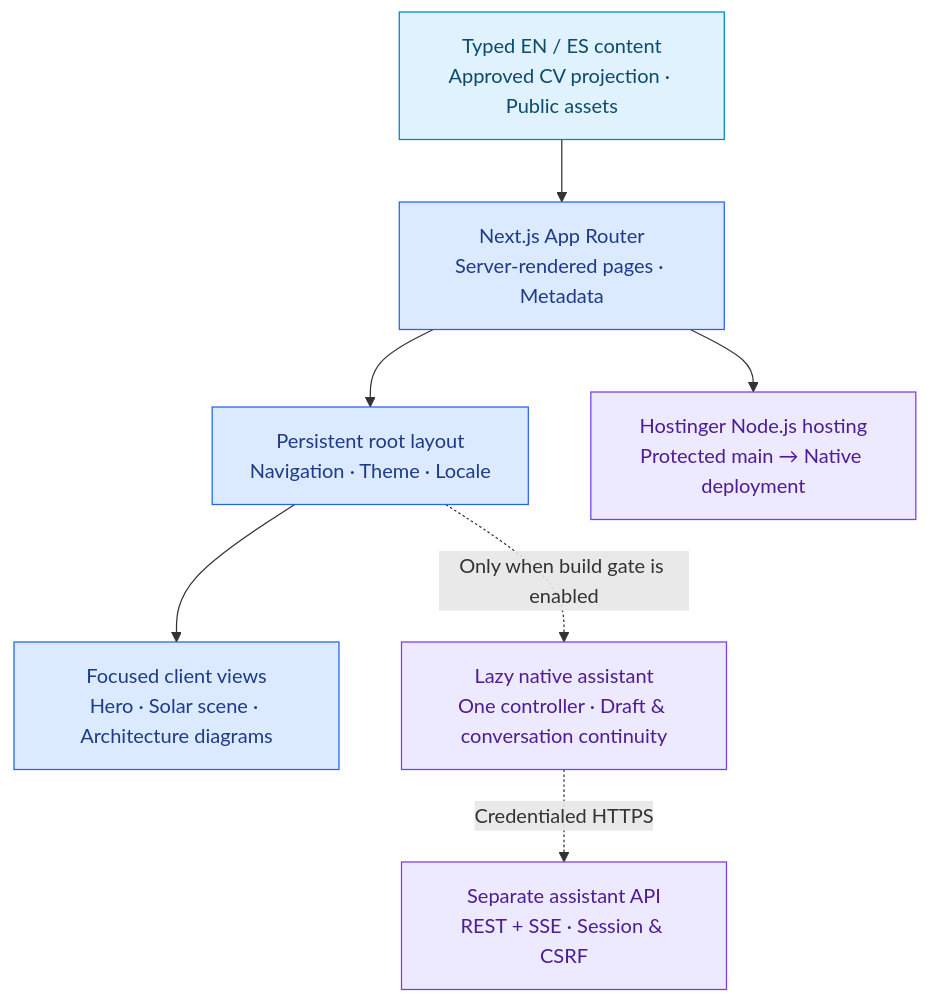
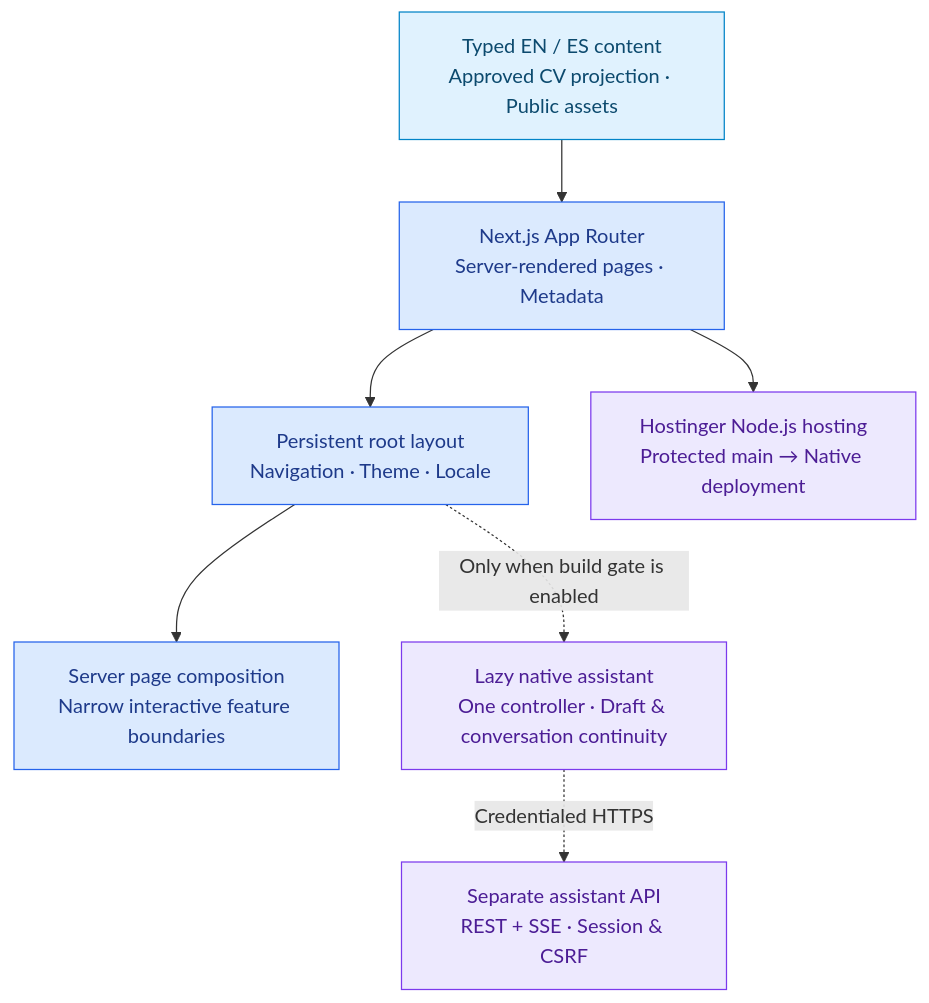
The first of 3 diagrams in README.md (gonzalomartinperez/portfolio), drawn with Mermaid before and after one commit. The commit also changed other lines of this file and 25 other files, not shown here.

````diff
--- a/README.md
+++ b/README.md
@@ -113,22 +132,22 @@
 ```mermaid
 flowchart TB
     CONTENT["Typed EN / ES content<br/>Approved CV projection · Public assets"]
     APP["Next.js App Router<br/>Server-rendered pages · Metadata"]
     SHELL["Persistent root layout<br/>Navigation · Theme · Locale"]
-    VIEWS["Focused client views<br/>Hero · Solar scene · Architecture diagrams"]
+    VIEWS["Server page composition<br/>Narrow interactive feature boundaries"]
     CHAT["Lazy native assistant<br/>One controller · Draft & conversation continuity"]
     API["Separate assistant API<br/>REST + SSE · Session & CSRF"]
     HOST["Hostinger Node.js hosting<br/>Protected main → Native deployment"]
     CONTENT --> APP
     APP --> SHELL
     SHELL --> VIEWS
     SHELL -. "Only when build gate is enabled" .-> CHAT
     CHAT -. "Credentialed HTTPS" .-> API
     APP --> HOST
     classDef source fill:#e0f2fe,stroke:#0284c7,color:#0c4a6e;
     classDef app fill:#dbeafe,stroke:#2563eb,color:#1e3a8a;
     classDef boundary fill:#ede9fe,stroke:#7c3aed,color:#4c1d95;
     class CONTENT source;
     class APP,SHELL,VIEWS app;
     class CHAT,API,HOST boundary;
 ```
````
